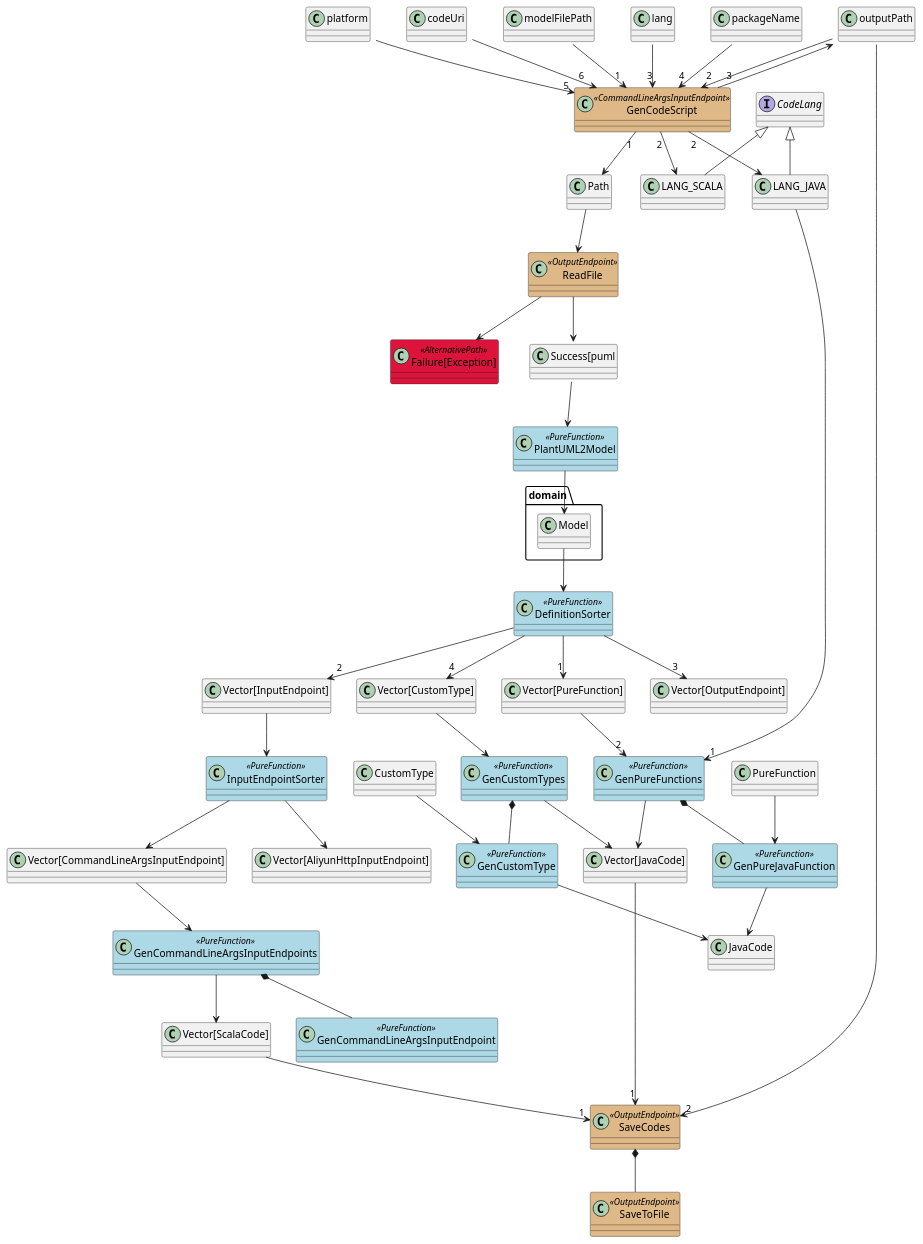
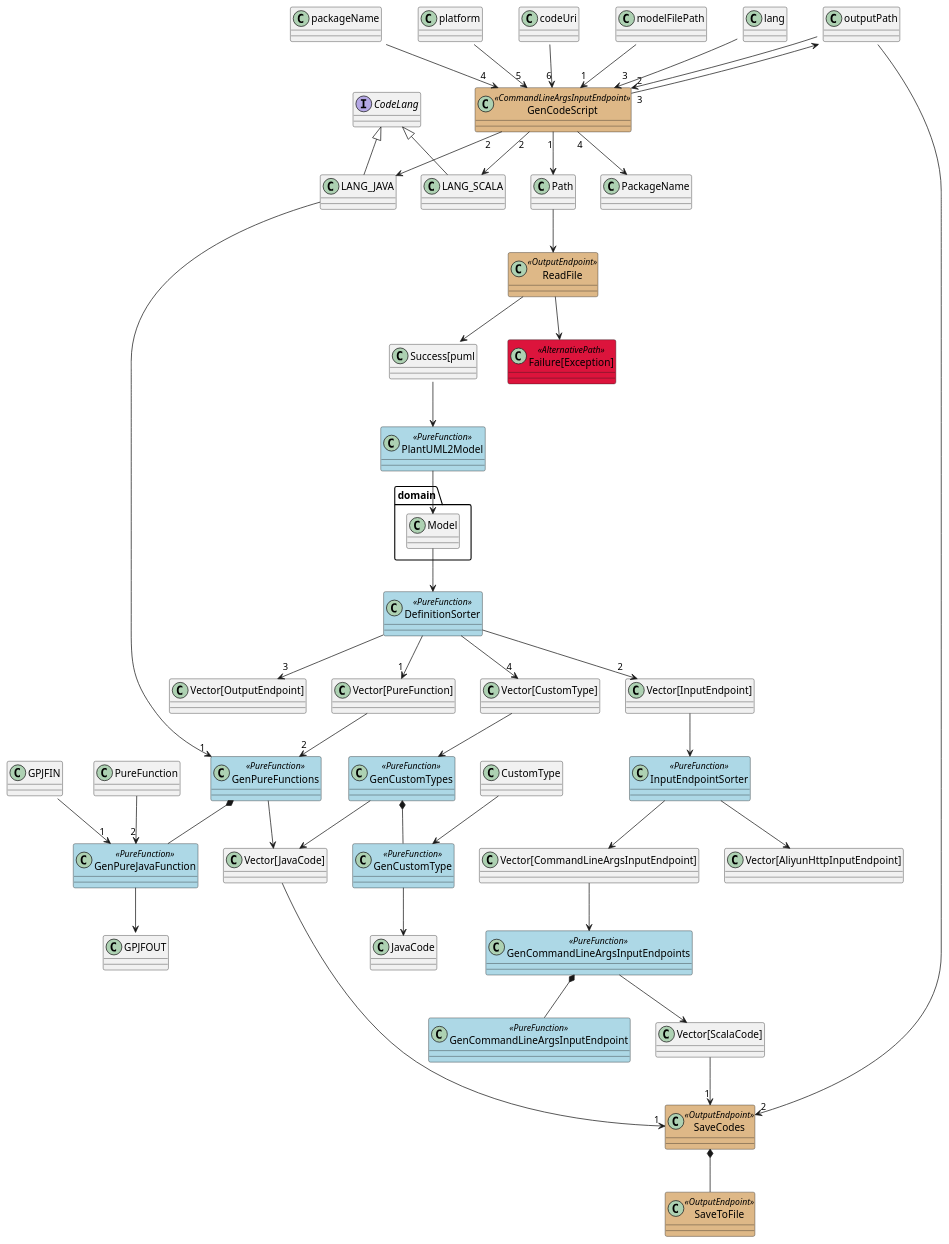
Before and after one commit to notyy/TypeFlow: the diagram in typeflow/tooling/GenCode.puml, drawn with PlantUML.

Commit message:
packageName is important

```diff
--- a/typeflow/tooling/GenCode.puml
+++ b/typeflow/tooling/GenCode.puml
@@ -1,70 +1,72 @@
 @startuml
 skinparam class {
 	BackgroundColor<<CommandLineInputEndpoint>> BurlyWood
 	BackgroundColor<<CommandLineArgsInputEndpoint>> BurlyWood
 	BackgroundColor<<AliyunHttpInputEndpoint>> BurlyWood
 	BackgroundColor<<OutputEndpoint>> BurlyWood
 	BackgroundColor<<PureFunction>> LightBlue
 	BackgroundColor<<AlternativePath>> Crimson
 }
 
 class GenCodeScript <<CommandLineArgsInputEndpoint>>
 class ReadFile <<OutputEndpoint>>
 class PlantUML2Model <<PureFunction>>
 class GenPureFunctions <<PureFunction>>
 class GenPureJavaFunction <<PureFunction>>
 class GenCommandLineArgsInputEndpoints <<PureFunction>>
 class GenCommandLineArgsInputEndpoint <<PureFunction>>
 class GenCustomTypes <<PureFunction>>
 class GenCustomType <<PureFunction>>
 class DefinitionSorter <<PureFunction>>
 class InputEndpointSorter <<PureFunction>>
 class SaveCodes <<OutputEndpoint>>
 class SaveToFile <<OutputEndpoint>>
 class "Failure[Exception]" <<AlternativePath>>
 interface CodeLang
 CodeLang <|-- LANG_JAVA
 CodeLang <|-- LANG_SCALA
 
 modelFilePath::String --> "1" GenCodeScript
 outputPath::String --> "2" GenCodeScript
 lang::String --> "3" GenCodeScript
 packageName::String --> "4" GenCodeScript
 platform::String --> "5" GenCodeScript
 codeUri::String --> "6" GenCodeScript
 GenCodeScript "1" --> Path
 GenCodeScript "2" --> LANG_JAVA
 GenCodeScript "2" --> LANG_SCALA
 GenCodeScript "3" --> outputPath::Path
+GenCodeScript "4" --> PackageName
 LANG_JAVA -> "1" GenPureFunctions
 Path --> ReadFile
 ReadFile --> "Success[puml::String]"
 ReadFile --> "Failure[Exception]"
 "Success[puml::String]" --> PlantUML2Model
 PlantUML2Model --> domain.Model
 domain.Model --> DefinitionSorter
 DefinitionSorter --> "1" "Vector[PureFunction]"
 DefinitionSorter --> "2" "Vector[InputEndpoint]"
 DefinitionSorter --> "3" "Vector[OutputEndpoint]"
 DefinitionSorter --> "4" "Vector[CustomType]"
 "Vector[InputEndpoint]" --> InputEndpointSorter
 InputEndpointSorter --> "Vector[CommandLineArgsInputEndpoint]"
 InputEndpointSorter --> "Vector[AliyunHttpInputEndpoint]"
 "Vector[PureFunction]" --> "2" GenPureFunctions
 "Vector[CustomType]" --> GenCustomTypes
 GenCustomTypes --> "Vector[JavaCode]"
 GenCustomTypes *-- GenCustomType
 CustomType --> GenCustomType
 GenCustomType --> JavaCode
 GenPureFunctions --> "Vector[JavaCode]"
 GenPureFunctions *-- GenPureJavaFunction
-PureFunction --> GenPureJavaFunction
-GenPureJavaFunction --> JavaCode
+GPJFIN::PackageName --> "1" GenPureJavaFunction
+PureFunction --> "2" GenPureJavaFunction
+GenPureJavaFunction --> GPJFOUT::JavaCode
 "Vector[CommandLineArgsInputEndpoint]" --> GenCommandLineArgsInputEndpoints
 GenCommandLineArgsInputEndpoints --> "Vector[ScalaCode]"
 GenCommandLineArgsInputEndpoints *-- GenCommandLineArgsInputEndpoint
 "Vector[ScalaCode]" --> "1" SaveCodes
 "Vector[JavaCode]" --> "1" SaveCodes
 outputPath::Path --> "2" SaveCodes
 SaveCodes *-- SaveToFile
 @enduml
```
